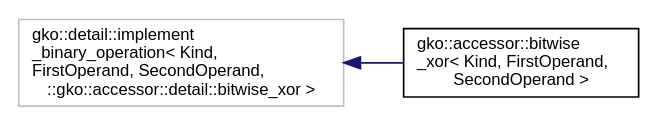
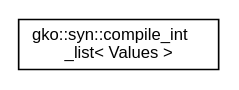
The diagram in doc/develop/inherit_graph_5.dot (ginkgo-project/ginkgo), drawn with Graphviz before and after one commit. The commit also changed 991 other files, not shown here.

```diff
--- a/doc/develop/inherit_graph_5.dot
+++ b/doc/develop/inherit_graph_5.dot
@@ -1,10 +1,8 @@
 digraph "Graphical Class Hierarchy"
 {
  // INTERACTIVE_SVG=YES
   edge [fontname="Helvetica",fontsize="10",labelfontname="Helvetica",labelfontsize="10"];
   node [fontname="Helvetica",fontsize="10",shape=record];
   rankdir="LR";
-  Node1 [label="gko::detail::implement\l_binary_operation\< Kind,\l FirstOperand, SecondOperand,\l::gko::accessor::detail::bitwise_xor \>",height=0.2,width=0.4,color="grey75", fillcolor="white", style="filled"];
-  Node1 -> Node2 [dir="back",color="midnightblue",fontsize="10",style="solid",fontname="Helvetica"];
-  Node2 [label="gko::accessor::bitwise\l_xor\< Kind, FirstOperand,\l SecondOperand \>",height=0.2,width=0.4,color="black", fillcolor="white", style="filled",URL="$structgko_1_1accessor_1_1bitwise__xor.html"];
+  Node1 [label="gko::syn::compile_int\l_list\< Values \>",height=0.2,width=0.4,color="black", fillcolor="white", style="filled",URL="$structgko_1_1syn_1_1compile__int__list.html"];
 }
```
